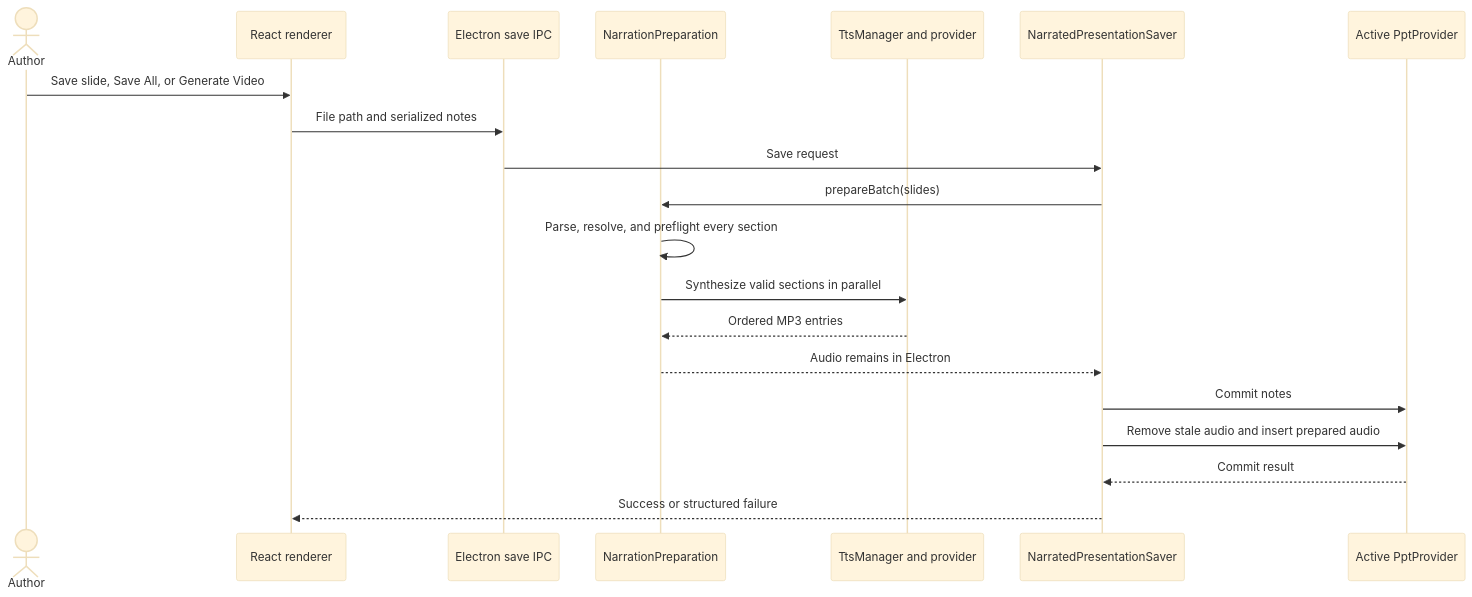
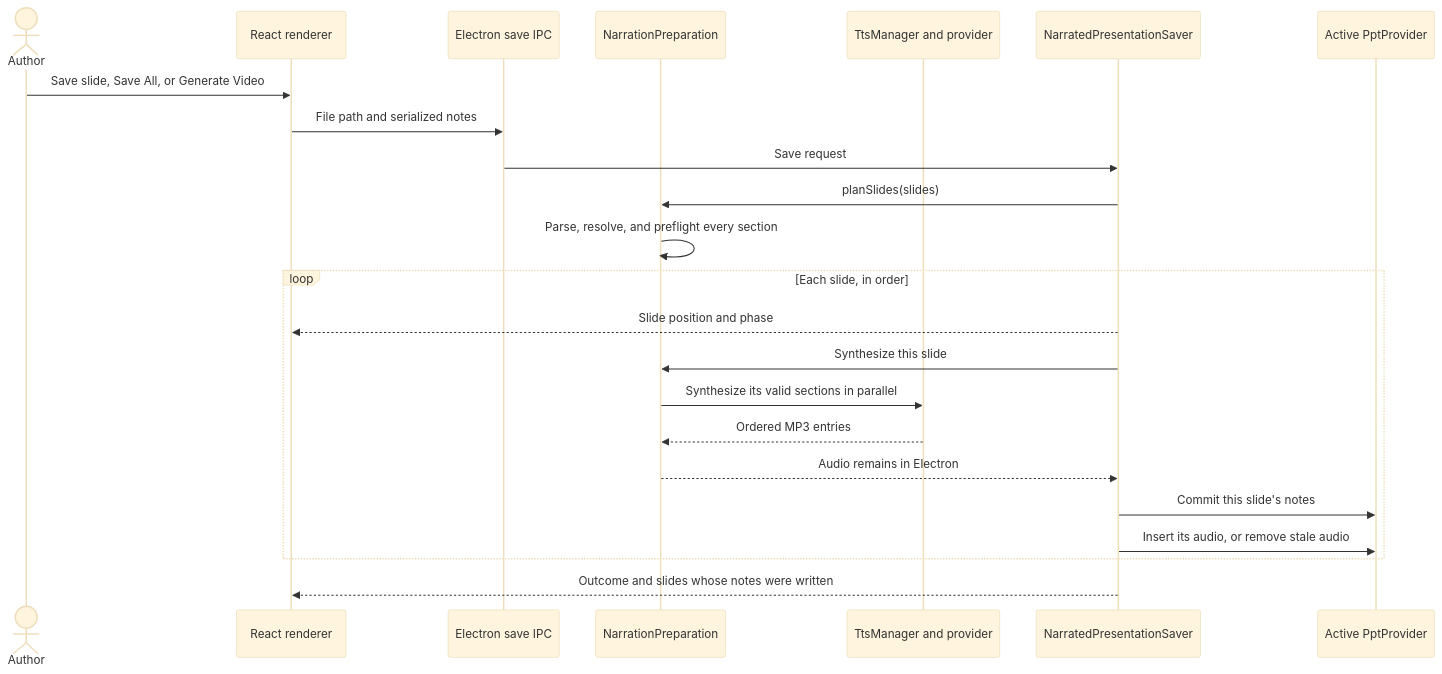
Before and after one commit to power-narrator/power-narrator-fe: the third of 3 diagrams in README.md, drawn with Mermaid (base theme). The commit also changed other lines of this file and 25 other files, not shown here.

````diff
--- a/README.md
+++ b/README.md
@@ -216,23 +216,26 @@
 ```mermaid
 sequenceDiagram
   actor Author
   participant UI as React renderer
   participant IPC as Electron save IPC
   participant Prep as NarrationPreparation
   participant TTS as TtsManager and provider
   participant Saver as NarratedPresentationSaver
   participant PPT as Active PptProvider
 
   Author->>UI: Save slide, Save All, or Generate Video
   UI->>IPC: File path and serialized notes
   IPC->>Saver: Save request
-  Saver->>Prep: prepareBatch(slides)
+  Saver->>Prep: planSlides(slides)
   Prep->>Prep: Parse, resolve, and preflight every section
-  Prep->>TTS: Synthesize valid sections in parallel
-  TTS-->>Prep: Ordered MP3 entries
-  Prep-->>Saver: Audio remains in Electron
-  Saver->>PPT: Commit notes
-  Saver->>PPT: Remove stale audio and insert prepared audio
-  PPT-->>Saver: Commit result
-  Saver-->>UI: Success or structured failure
+  loop Each slide, in order
+    Saver-->>UI: Slide position and phase
+    Saver->>Prep: Synthesize this slide
+    Prep->>TTS: Synthesize its valid sections in parallel
+    TTS-->>Prep: Ordered MP3 entries
+    Prep-->>Saver: Audio remains in Electron
+    Saver->>PPT: Commit this slide's notes
+    Saver->>PPT: Insert its audio, or remove stale audio
+  end
+  Saver-->>UI: Outcome and slides whose notes were written
 ```
````
